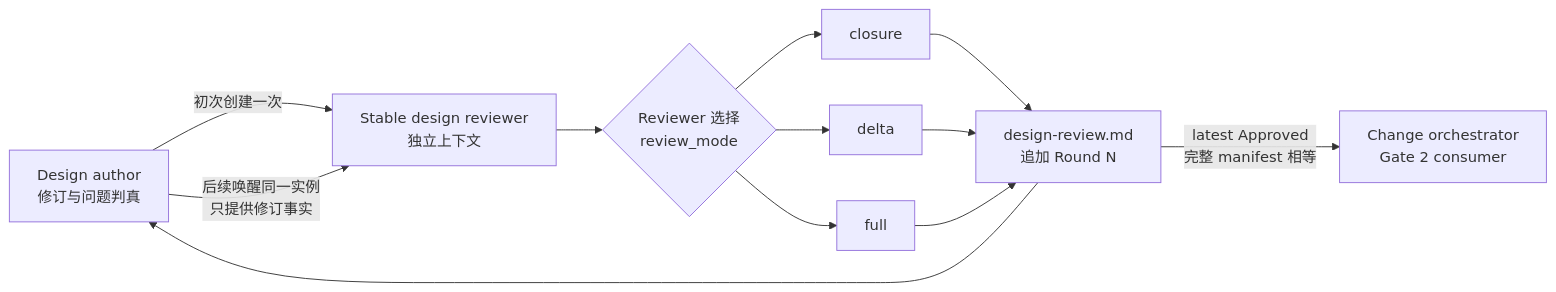
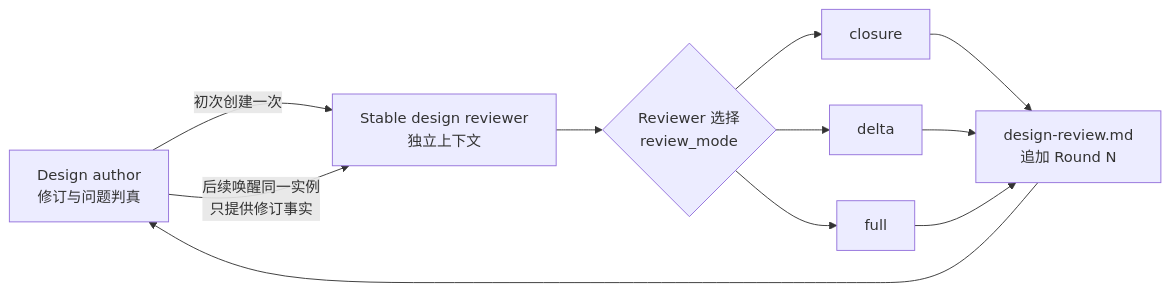
The first of 2 diagrams in docs/changes/feat-485-design-review-round-lifecycle/design.md (Mrchen116/nano-multiagent), drawn with Mermaid before and after one commit. The commit also changed other lines of this file and 10 other files, not shown here.

````diff
--- a/docs/changes/feat-485-design-review-round-lifecycle/design.md
+++ b/docs/changes/feat-485-design-review-round-lifecycle/design.md
@@ -13,14 +13,13 @@
 ```mermaid
 flowchart LR
     A["Design author<br/>修订与问题判真"] -->|"初次创建一次"| R["Stable design reviewer<br/>独立上下文"]
     A -->|"后续唤醒同一实例<br/>只提供修订事实"| R
     R --> M{"Reviewer 选择<br/>review_mode"}
     M --> C["closure"]
     M --> D["delta"]
     M --> F["full"]
     C --> H["design-review.md<br/>追加 Round N"]
     D --> H
     F --> H
     H --> A
-    H -->|"latest Approved<br/>完整 manifest 相等"| O["Change orchestrator<br/>Gate 2 consumer"]
 ```
````
